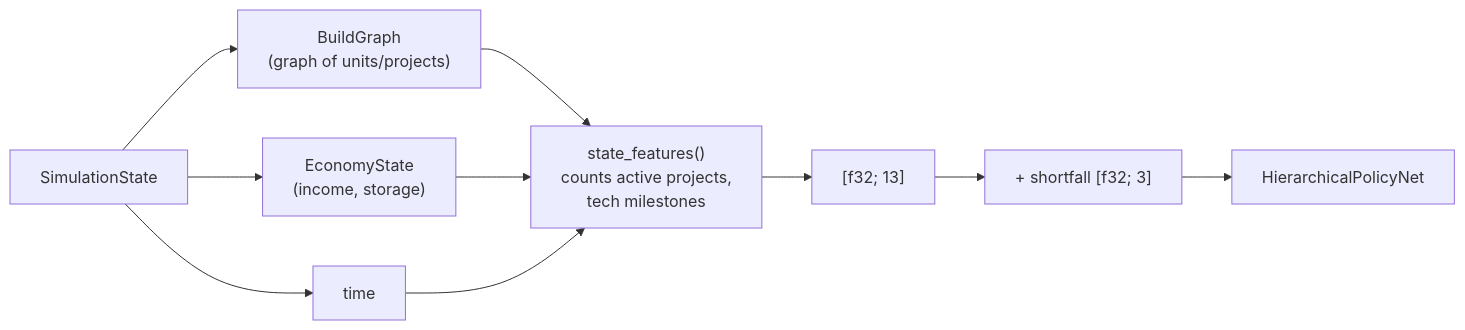
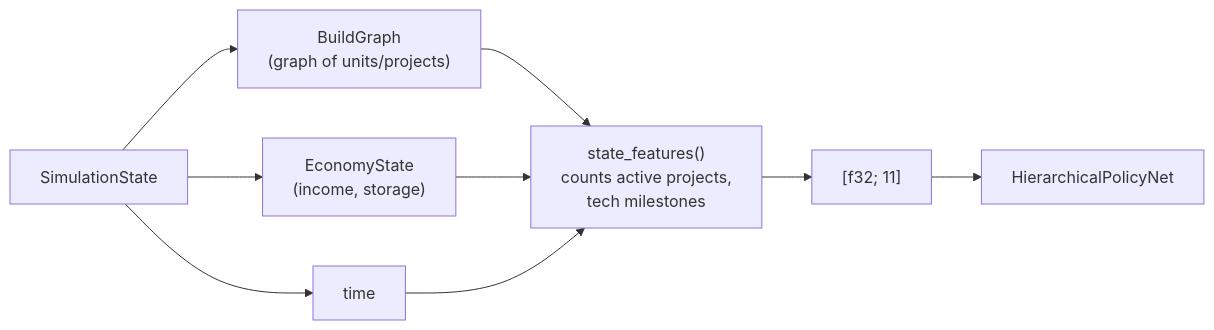
One commit to zwpdbh/octopus-in-rust changed the second of 2 diagrams in crates/faf-sim/doc/02-the-state-graph.md. Above: the diagram before and after it, drawn with Mermaid. The commit also changed other lines of this file and 19 other files, not shown here.

````diff
--- a/crates/faf-sim/doc/02-the-state-graph.md
+++ b/crates/faf-sim/doc/02-the-state-graph.md
@@ -161,12 +144,11 @@
 ```mermaid
 flowchart LR
     A["SimulationState"] --> B["BuildGraph<br/>(graph of units/projects)"]
     A --> C["EconomyState<br/>(income, storage)"]
     A --> D["time"]
     B --> E["state_features()<br/>counts active projects,<br/>tech milestones"]
     C --> E
     D --> E
-    E --> F["[f32; 13]"]
-    F --> G["+ shortfall [f32; 3]"]
-    G --> H["HierarchicalPolicyNet"]
+    E --> F["[f32; 11]"]
+    F --> G["HierarchicalPolicyNet"]
 ```
````
